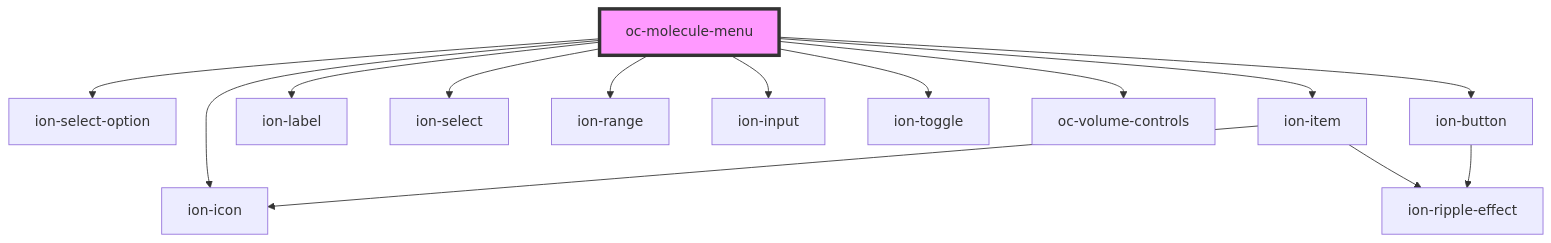
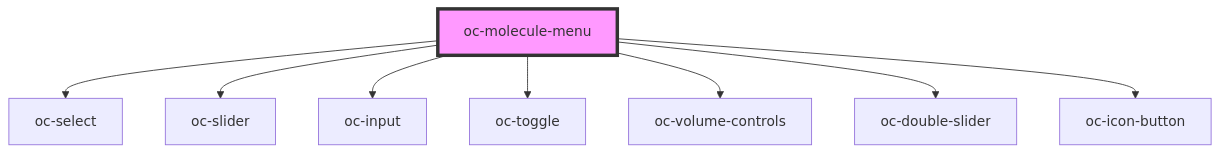
Before and after one commit to OpenChemistry/oc-web-components: the diagram in packages/molecule-menu/src/components/molecule-menu/readme.md, drawn with Mermaid. The commit also changed other lines of this file and 45 other files, not shown here.

First line of the commit message:
Remove @ionic/core dependency from the molecule-menu

````diff
--- a/packages/molecule-menu/src/components/molecule-menu/readme.md
+++ b/packages/molecule-menu/src/components/molecule-menu/readme.md
@@ -79,17 +76,11 @@
 ```mermaid
 graph TD;
-  oc-molecule-menu --> ion-select-option
-  oc-molecule-menu --> ion-item
-  oc-molecule-menu --> ion-label
-  oc-molecule-menu --> ion-select
-  oc-molecule-menu --> ion-range
-  oc-molecule-menu --> ion-input
-  oc-molecule-menu --> ion-toggle
+  oc-molecule-menu --> oc-select
+  oc-molecule-menu --> oc-slider
+  oc-molecule-menu --> oc-input
+  oc-molecule-menu --> oc-toggle
   oc-molecule-menu --> oc-volume-controls
-  oc-molecule-menu --> ion-button
-  oc-molecule-menu --> ion-icon
-  ion-item --> ion-icon
-  ion-item --> ion-ripple-effect
-  ion-button --> ion-ripple-effect
+  oc-molecule-menu --> oc-double-slider
+  oc-molecule-menu --> oc-icon-button
   style oc-molecule-menu fill:#f9f,stroke:#333,stroke-width:4px
 ```
````
